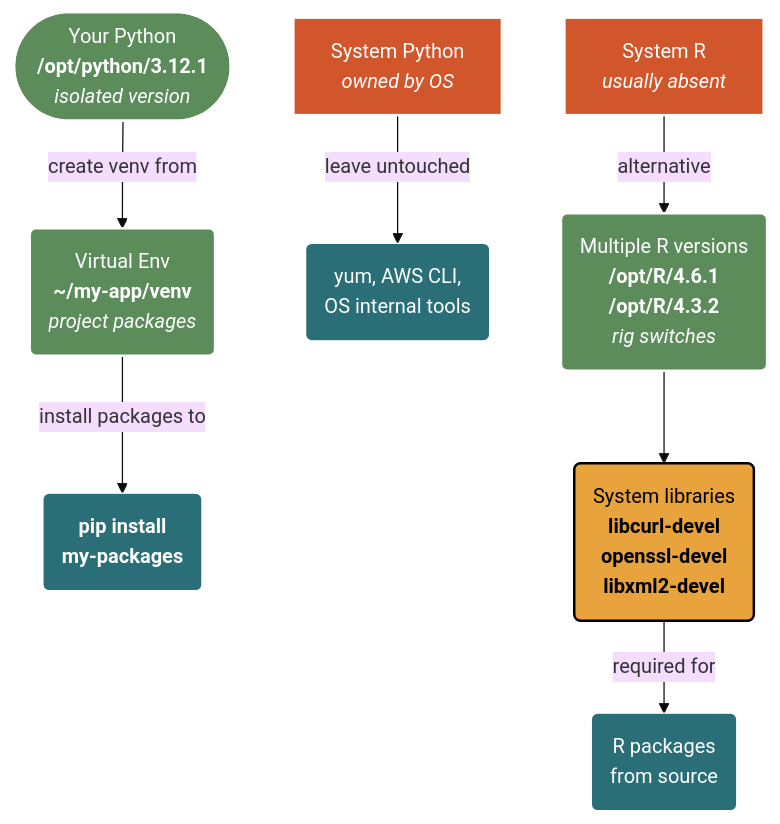
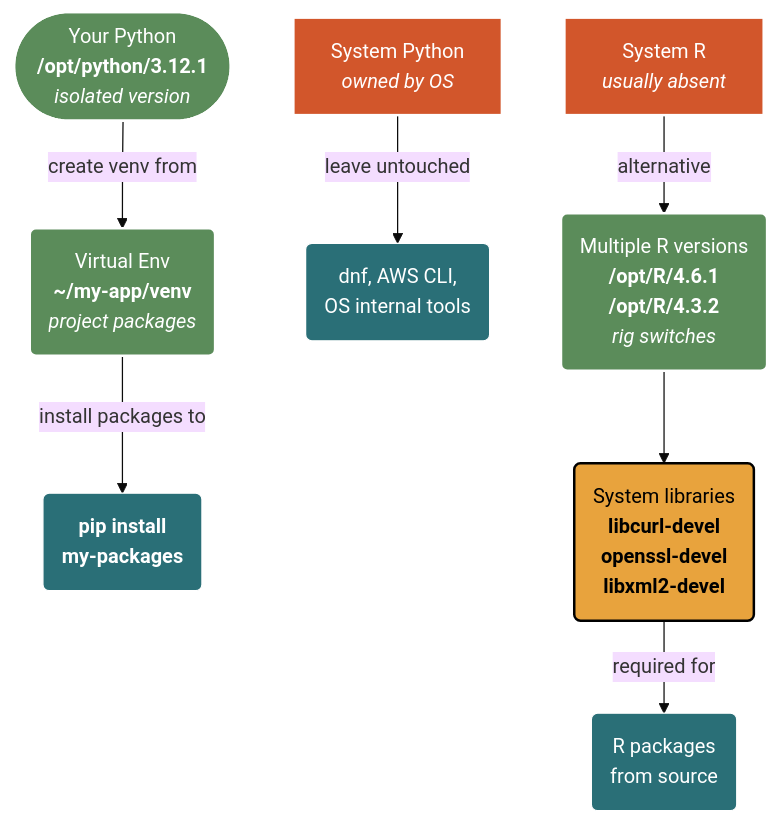
One commit to mjfrigaard/do4ds-labs changed the fourth of 5 diagrams in install-apps.qmd. Above: the diagram before and after it, drawn with Mermaid. The commit also changed other lines of this file and 12 other files, not shown here.

````diff
--- a/install-apps.qmd
+++ b/install-apps.qmd
@@ -562,33 +562,33 @@
 ```{mermaid}
 %%| fig-cap: 'Language Runtime Installation Pattern'
 %%| fig-width: 8.0
 %%| fig-align: 'center'
 %%{init: {'theme': 'base', 'look': 'classic', 'themeVariables': {'fontFamily': 'monospace'}}}%%
 
 graph TD
     SysPy["System Python<br/><em>owned by OS</em>"]
     OptPy(["Your Python<br/><strong>/opt/python/3.12.1</strong><br/><em>isolated version</em>"])
     Venv("Virtual Env<br/><strong>~/my-app/venv</strong><br/><em>project packages</em>")
 
-    SysPy -->|"leave untouched"| SysTools("yum, AWS CLI,<br/>OS internal tools")
+    SysPy -->|"leave untouched"| SysTools("dnf, AWS CLI,<br/>OS internal tools")
     OptPy -->|"create venv from"| Venv
     Venv -->|"install packages to"| Packages("<strong>pip install<br/>my-packages</strong>")
 
     R["System R<br/><em>usually absent</em>"]
     OptR("Multiple R versions<br/><strong>/opt/R/4.6.1</strong><br/><strong>/opt/R/4.3.2</strong><br/><em>rig switches</em>")
     Libs("System libraries<br/><strong>libcurl-devel</strong><br/><strong>openssl-devel</strong><br/><strong>libxml2-devel</strong>")
 
     R -->|"alternative"| OptR
     OptR --> Libs
     Libs -->|"required for"| RPackages("R packages<br/>from source")
 
     style SysPy fill:#d2562b,stroke:#fff,stroke-width:2px,color:#fff
     style OptPy fill:#5b8c5a,stroke:#fff,stroke-width:2px,color:#fff
     style Venv fill:#5b8c5a,stroke:#fff,stroke-width:2px,color:#fff
     style Packages fill:#2a6f77,stroke:#fff,stroke-width:1px,color:#fff
     style R fill:#d2562b,stroke:#fff,stroke-width:2px,color:#fff
     style OptR fill:#5b8c5a,stroke:#fff,stroke-width:2px,color:#fff
     style Libs fill:#e8a33d,stroke:#000,stroke-width:2px,color:#000
     style RPackages fill:#2a6f77,stroke:#fff,stroke-width:1px,color:#fff
     style SysTools fill:#2a6f77,stroke:#fff,stroke-width:1px,color:#fff
 ```
````
